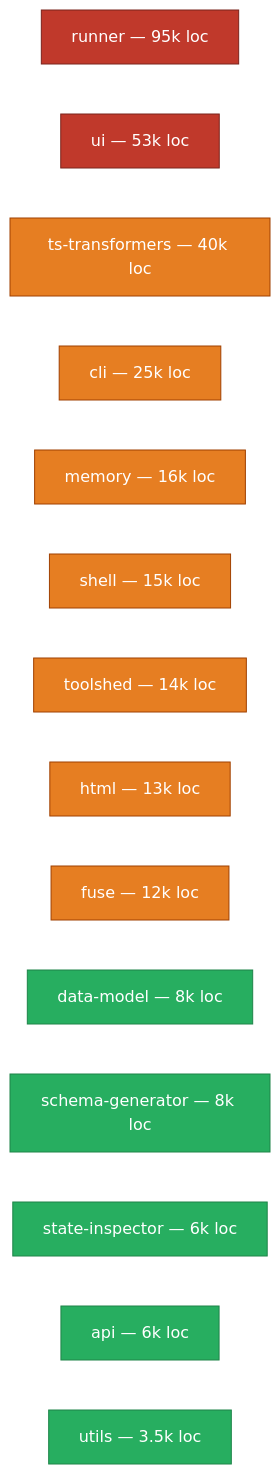
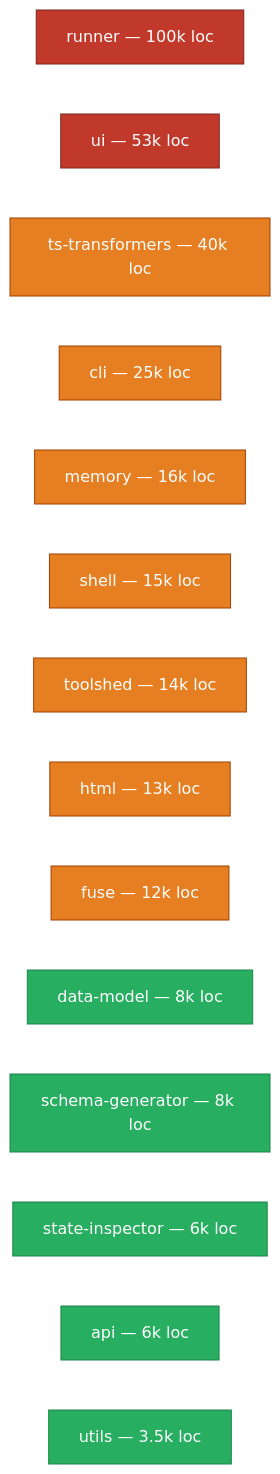
Before and after one commit to commontoolsinc/labs: the second of 4 diagrams in docs/development/orientation/README.md, drawn with Mermaid. The commit also changed 3 other files, not shown here.

````diff
--- a/docs/development/orientation/README.md
+++ b/docs/development/orientation/README.md
@@ -137,21 +137,21 @@
 ```mermaid
 %%{init: {'theme':'neutral'}}%%
 graph LR
     classDef big fill:#c0392b,stroke:#7b241c,color:#fff
     classDef mid fill:#e67e22,stroke:#a04000,color:#fff
     classDef small fill:#27ae60,stroke:#1e8449,color:#fff
-    R["runner — 95k loc"]:::big
+    R["runner — 100k loc"]:::big
     U["ui — 53k loc"]:::big
     T["ts-transformers — 40k loc"]:::mid
     C["cli — 25k loc"]:::mid
     M["memory — 16k loc"]:::mid
     SH["shell — 15k loc"]:::mid
     TS["toolshed — 14k loc"]:::mid
     H["html — 13k loc"]:::mid
     F["fuse — 12k loc"]:::mid
     DM["data-model — 8k loc"]:::small
     SG["schema-generator — 8k loc"]:::small
     SI["state-inspector — 6k loc"]:::small
     API["api — 6k loc"]:::small
     UT["utils — 3.5k loc"]:::small
 ```
````
